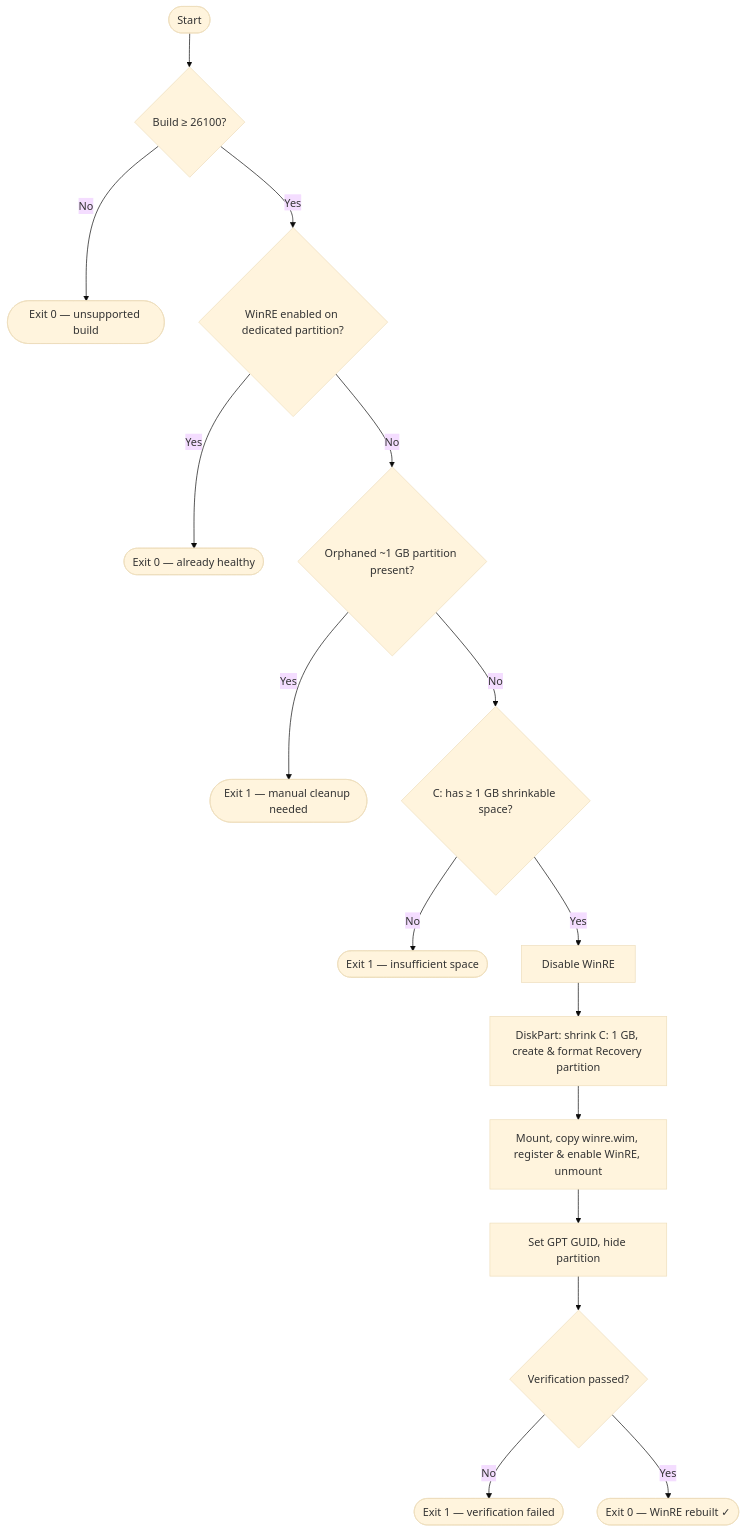
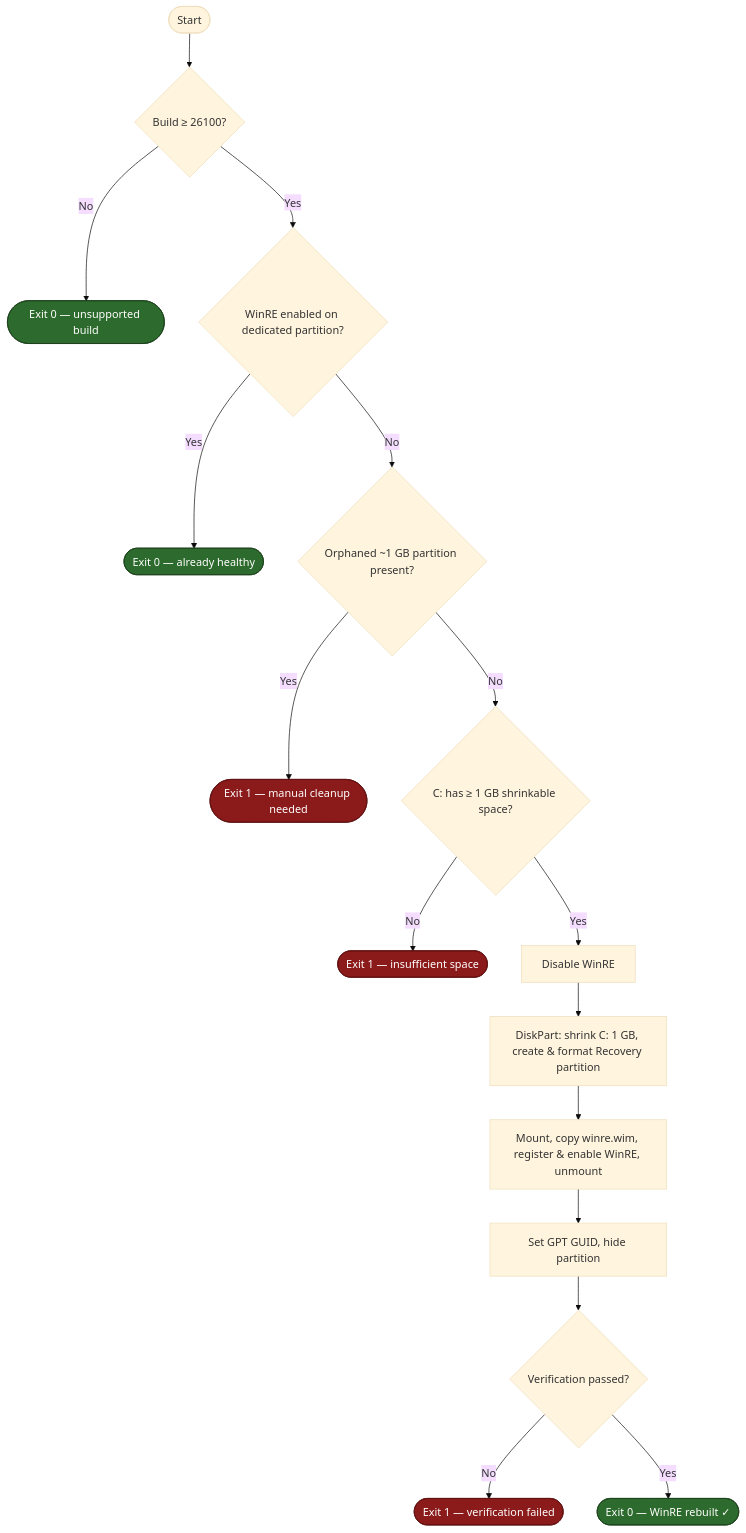
The diagram in README.md (5a9awneh/Rebuild-WinREPartition), drawn with Mermaid (base theme) before and after one commit.

Commit message:
docs: add semantic coloring to flowchart

````diff
--- a/README.md
+++ b/README.md
@@ -37,18 +37,22 @@
 ```mermaid
 flowchart TD
     A([Start]) --> B{Build ≥ 26100?}
     B -- No --> C([Exit 0 — unsupported build])
     B -- Yes --> D{WinRE enabled on dedicated partition?}
     D -- Yes --> E([Exit 0 — already healthy])
     D -- No --> F{Orphaned ~1 GB partition present?}
     F -- Yes --> G([Exit 1 — manual cleanup needed])
     F -- No --> H{C: has ≥ 1 GB shrinkable space?}
     H -- No --> I([Exit 1 — insufficient space])
     H -- Yes --> J[Disable WinRE]
     J --> K[DiskPart: shrink C: 1 GB, create & format Recovery partition]
     K --> L[Mount, copy winre.wim, register & enable WinRE, unmount]
     L --> M[Set GPT GUID, hide partition]
     M --> N{Verification passed?}
     N -- No --> O([Exit 1 — verification failed])
     N -- Yes --> P([Exit 0 — WinRE rebuilt ✓])
+    classDef success fill:#2d6a2d,color:#fff,stroke:#1a3d1a
+    classDef failure fill:#8b1a1a,color:#fff,stroke:#5a0d0d
+    class C,E,P success
+    class G,I,O failure
 ```
````
